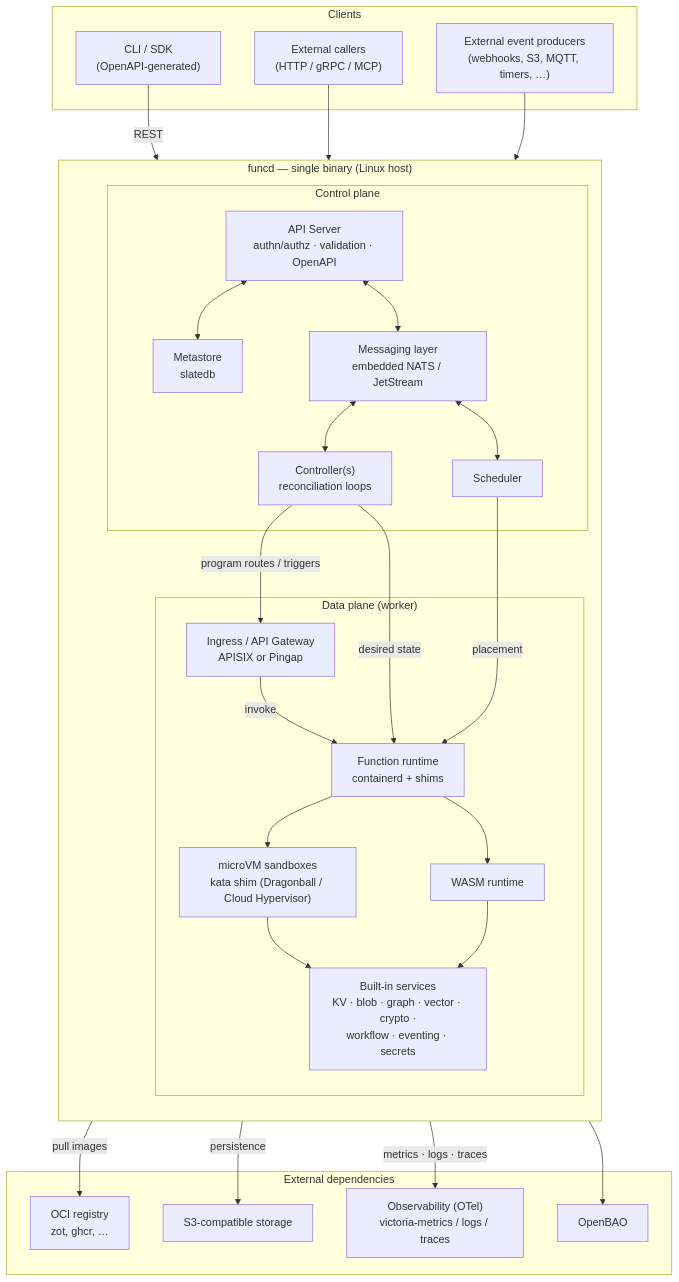
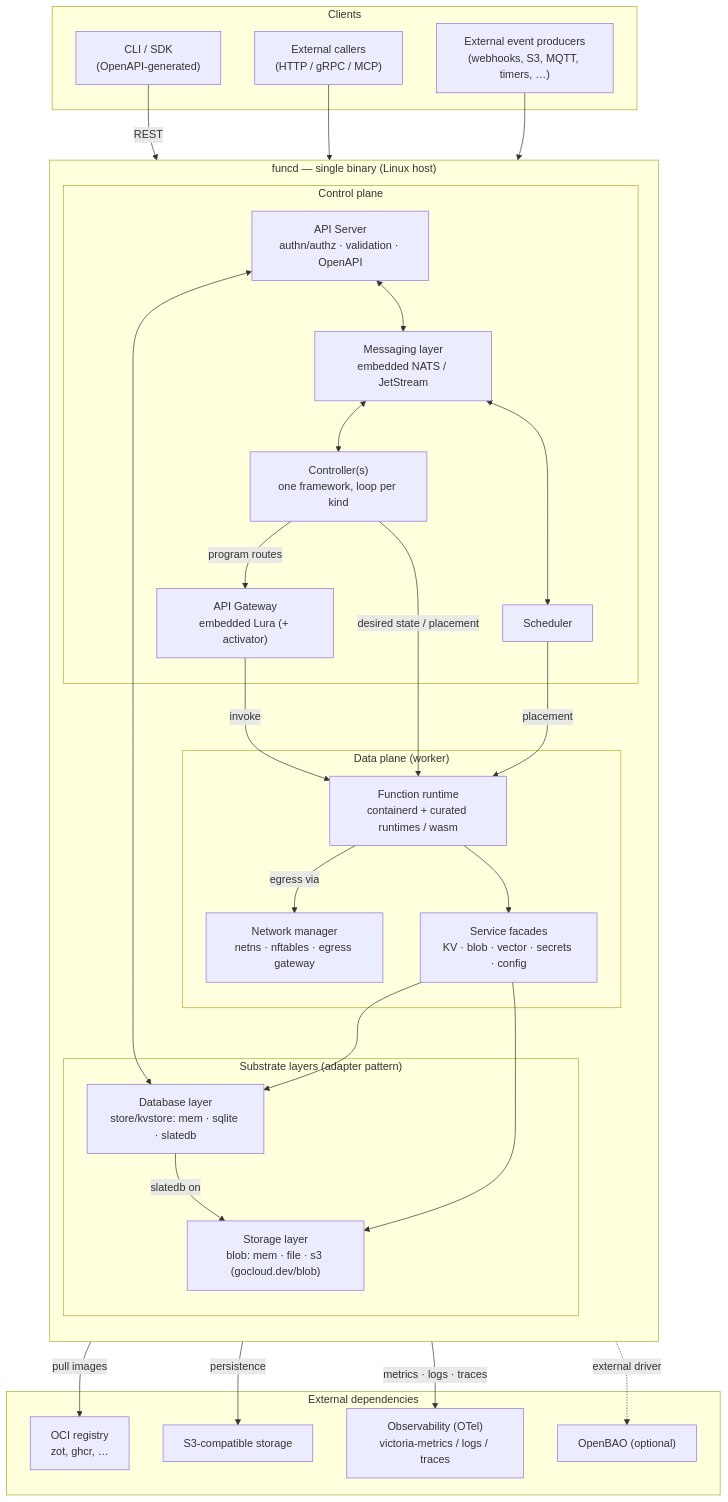
Before and after one commit to pyvvo/funcd: the sixth of 8 diagrams in blueprint.md, drawn with Mermaid. The commit also changed other lines of this file and 1 other file, not shown here.

````diff
--- a/blueprint.md
+++ b/blueprint.md
@@ -468,53 +512,56 @@
 ```mermaid
 flowchart TB
     subgraph Clients["Clients"]
         CLI["CLI / SDK<br/>(OpenAPI-generated)"]
         Callers["External callers<br/>(HTTP / gRPC / MCP)"]
         Producers["External event producers<br/>(webhooks, S3, MQTT, timers, …)"]
     end
 
     subgraph Binary["funcd — single binary (Linux host)"]
         direction TB
         subgraph CP["Control plane"]
             API["API Server<br/>authn/authz · validation · OpenAPI"]
-            Ctrl["Controller(s)<br/>reconciliation loops"]
+            Ctrl["Controller(s)<br/>one framework, loop per kind"]
             Sched["Scheduler"]
+            GW["API Gateway<br/>embedded Lura (+ activator)"]
             Bus["Messaging layer<br/>embedded NATS / JetStream"]
-            Meta["Metastore<br/>slatedb"]
         end
         subgraph DP["Data plane (worker)"]
-            GW["Ingress / API Gateway<br/>APISIX or Pingap"]
-            RT["Function runtime<br/>containerd + shims"]
-            VM["microVM sandboxes<br/>kata shim (Dragonball / Cloud Hypervisor)"]
-            WASM["WASM runtime"]
-            SVC["Built-in services<br/>KV · blob · graph · vector · crypto ·<br/>workflow · eventing · secrets"]
+            NET["Network manager<br/>netns · nftables · egress gateway"]
+            RT["Function runtime<br/>containerd + curated runtimes / wasm"]
+            SVC["Service facades<br/>KV · blob · vector · secrets · config"]
+        end
+        subgraph SUB["Substrate layers (adapter pattern)"]
+            DBL["Database layer<br/>store/kvstore: mem · sqlite · slatedb"]
+            STL["Storage layer<br/>blob: mem · file · s3 (gocloud.dev/blob)"]
         end
     end
 
     subgraph Ext["External dependencies"]
         REG["OCI registry<br/>zot, ghcr, …"]
         S3["S3-compatible storage"]
         OBS["Observability (OTel)<br/>victoria-metrics / logs / traces"]
-        BAO["OpenBAO"]
+        BAO["OpenBAO (optional)"]
     end
 
     CLI -- REST --> API
     Callers --> GW
     Producers --> GW
     GW -- invoke --> RT
-    RT --> VM
-    RT --> WASM
-    API <--> Meta
+    RT -- "egress via" --> NET
+    API <--> DBL
     API <--> Bus
     Bus <--> Ctrl
     Bus <--> Sched
-    Ctrl -- "program routes / triggers" --> GW
-    Ctrl -- "desired state" --> RT
+    Ctrl -- "program routes" --> GW
+    Ctrl -- "desired state / placement" --> RT
     Sched -- placement --> RT
-    VM --> SVC
-    WASM --> SVC
-    SVC --> BAO
-    Meta -- persistence --> S3
+    RT --> SVC
+    SVC --> DBL
+    SVC --> STL
+    SVC -. "external driver" .-> BAO
+    DBL -- "slatedb on" --> STL
+    STL -- persistence --> S3
     RT -- "pull images" --> REG
     Binary -- "metrics · logs · traces" --> OBS
 ```
````
